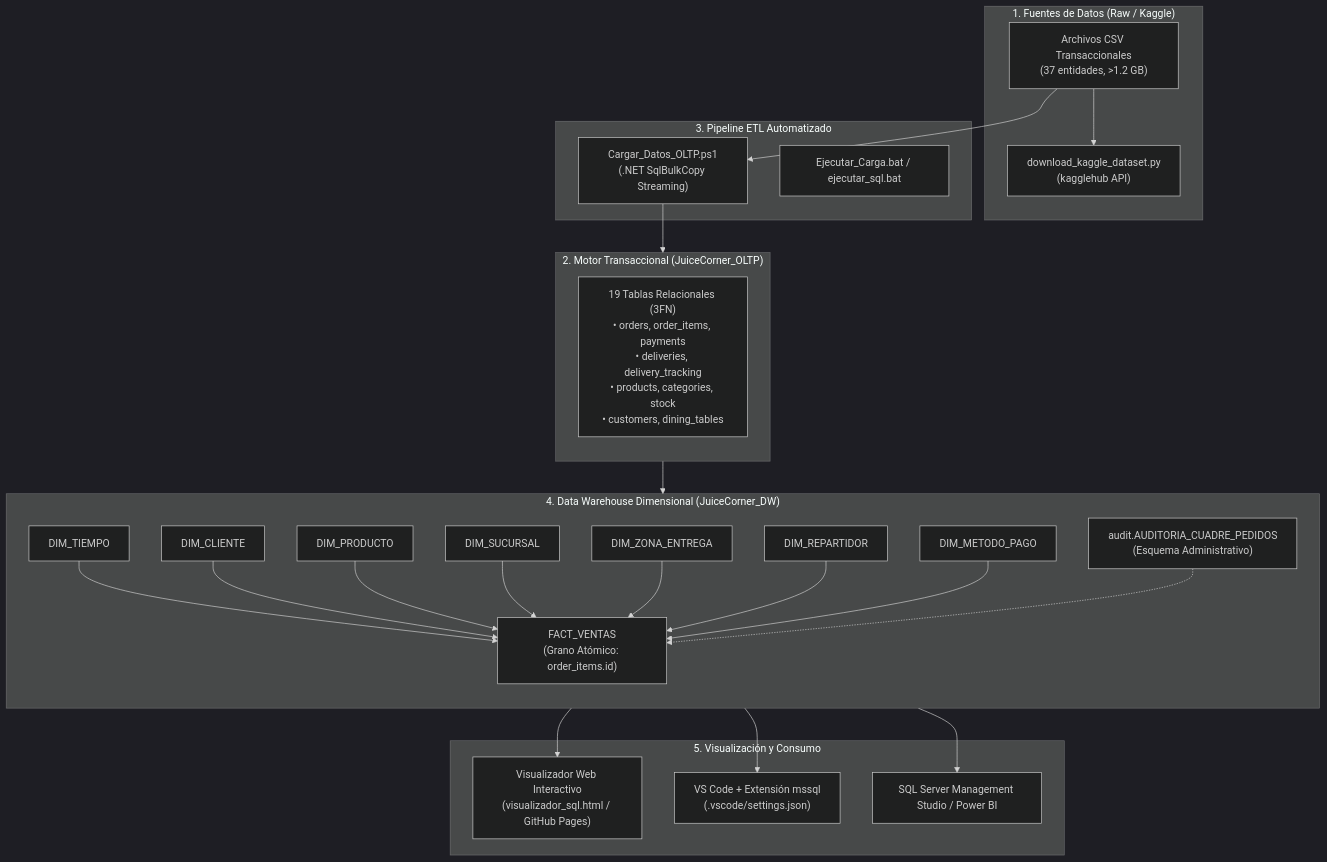
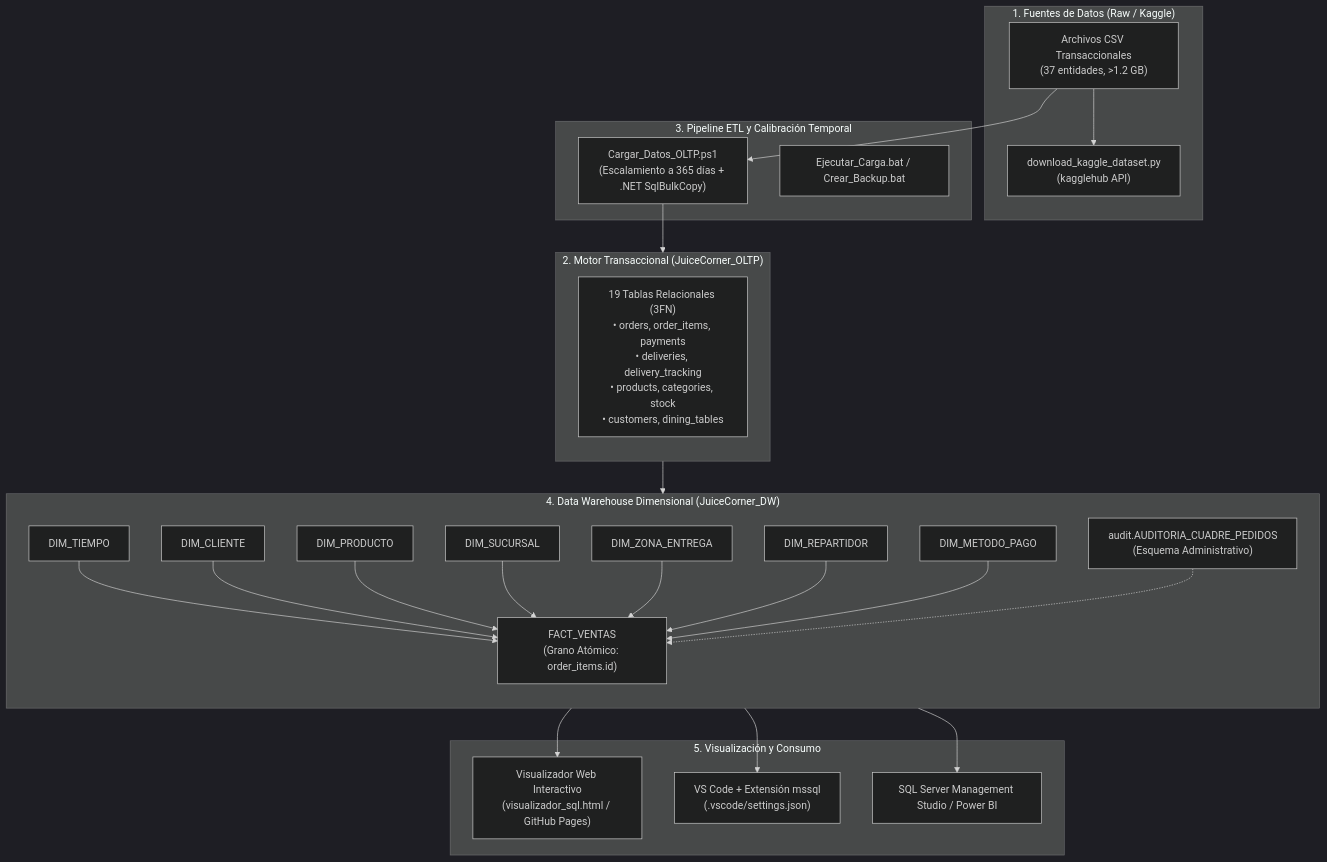
The diagram in README.md (JoseFerM/JuiceCorner-DataScience), drawn with Mermaid (dark theme) before and after one commit. The commit also changed other lines of this file and 6 other files, not shown here.

````diff
--- a/README.md
+++ b/README.md
@@ -116,44 +164,44 @@
 ```mermaid
 flowchart TD
     subgraph S1["1. Fuentes de Datos (Raw / Kaggle)"]
         CSV["Archivos CSV Transaccionales<br/>(37 entidades, >1.2 GB)"]
         PY["download_kaggle_dataset.py<br/>(kagglehub API)"]
     end
 
     subgraph S2["2. Motor Transaccional (JuiceCorner_OLTP)"]
         direction TB
         OLTP_CORE["19 Tablas Relacionales (3FN)<br/>• orders, order_items, payments<br/>• deliveries, delivery_tracking<br/>• products, categories, stock<br/>• customers, dining_tables"]
     end
 
-    subgraph S3["3. Pipeline ETL Automatizado"]
-        BULK["Cargar_Datos_OLTP.ps1<br/>(.NET SqlBulkCopy Streaming)"]
-        BAT["Ejecutar_Carga.bat / ejecutar_sql.bat"]
+    subgraph S3["3. Pipeline ETL y Calibración Temporal"]
+        BULK["Cargar_Datos_OLTP.ps1<br/>(Escalamiento a 365 días + .NET SqlBulkCopy)"]
+        BAT["Ejecutar_Carga.bat / Crear_Backup.bat"]
     end
 
     subgraph S4["4. Data Warehouse Dimensional (JuiceCorner_DW)"]
         direction TB
         DIM_T["DIM_TIEMPO"] --> FACT["FACT_VENTAS<br/>(Grano Atómico: order_items.id)"]
         DIM_C["DIM_CLIENTE"] --> FACT
         DIM_P["DIM_PRODUCTO"] --> FACT
         DIM_S["DIM_SUCURSAL"] --> FACT
         DIM_Z["DIM_ZONA_ENTREGA"] --> FACT
         DIM_R["DIM_REPARTIDOR"] --> FACT
         DIM_M["DIM_METODO_PAGO"] --> FACT
         
         AUD["audit.AUDITORIA_CUADRE_PEDIDOS<br/>(Esquema Administrativo)"] -.-> FACT
     end
 
     subgraph S5["5. Visualización y Consumo"]
         WEB["Visualizador Web Interactivo<br/>(visualizador_sql.html / GitHub Pages)"]
         VSC["VS Code + Extensión mssql<br/>(.vscode/settings.json)"]
         SSMS["SQL Server Management Studio / Power BI"]
     end
 
     CSV --> PY
     CSV --> BULK
     BULK --> OLTP_CORE
     OLTP_CORE --> S4
     S4 --> WEB
     S4 --> VSC
     S4 --> SSMS
 ```
````
